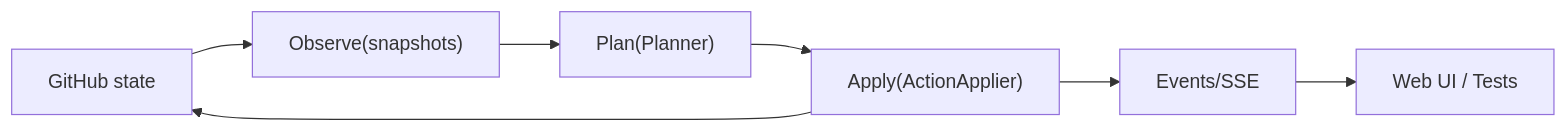
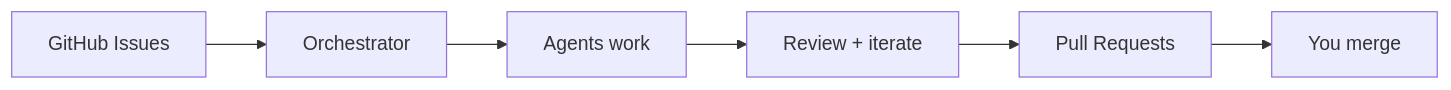
One commit to issue-orchestrator/issue-orchestrator changed the first of 3 diagrams in README.md. Above: the diagram before and after it, drawn with Mermaid. The commit also changed other lines of this file and 1 other file, not shown here.

First line of the commit message:
Reorganize README for 50k foot view, fix meta-agent terminology

````diff
--- a/README.md
+++ b/README.md
@@ -59,9 +11,8 @@
 ```mermaid
 flowchart LR
-  GH[GitHub state] --> OBS["Observe(snapshots)"]
-  OBS --> PLAN["Plan(Planner)"]
-  PLAN --> APPLY["Apply(ActionApplier)"]
-  APPLY --> GH
-  APPLY --> EVT["Events/SSE"]
-  EVT --> UI["Web UI / Tests"]
+  ISS["GitHub Issues"] --> ORCH["Orchestrator"]
+  ORCH --> AGENT["Agents work"]
+  AGENT --> REV["Review + iterate"]
+  REV --> PR["Pull Requests"]
+  PR --> YOU["You merge"]
 ```
````
